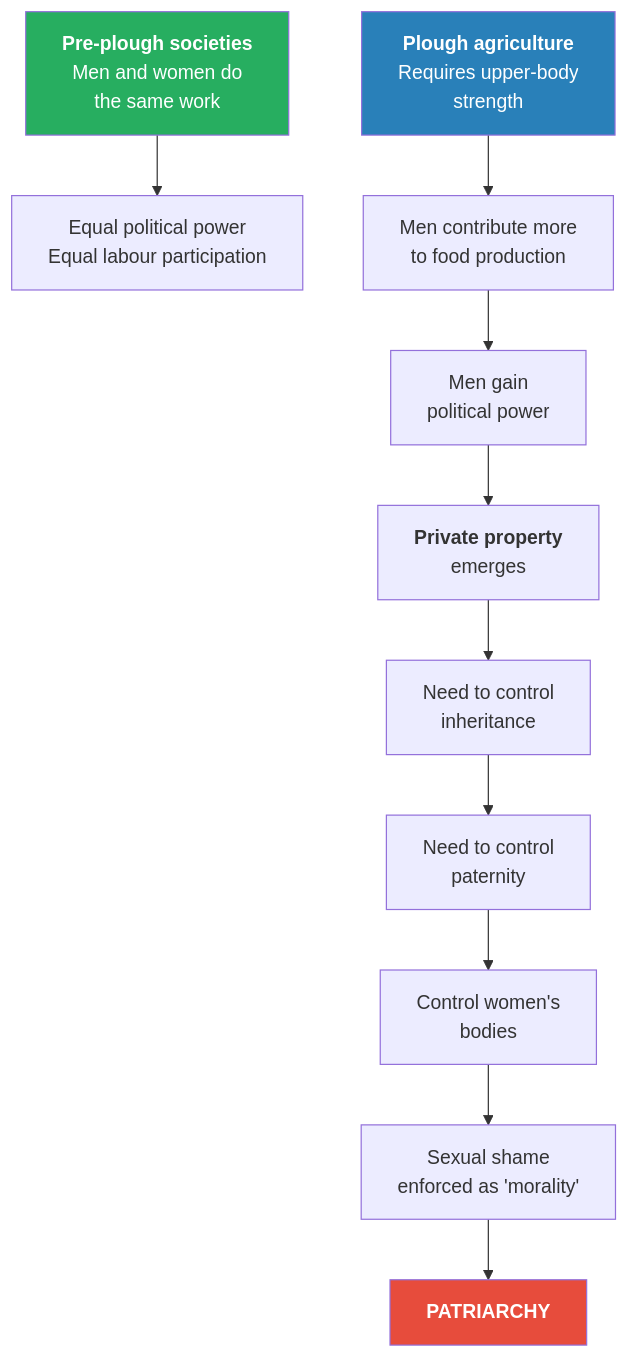
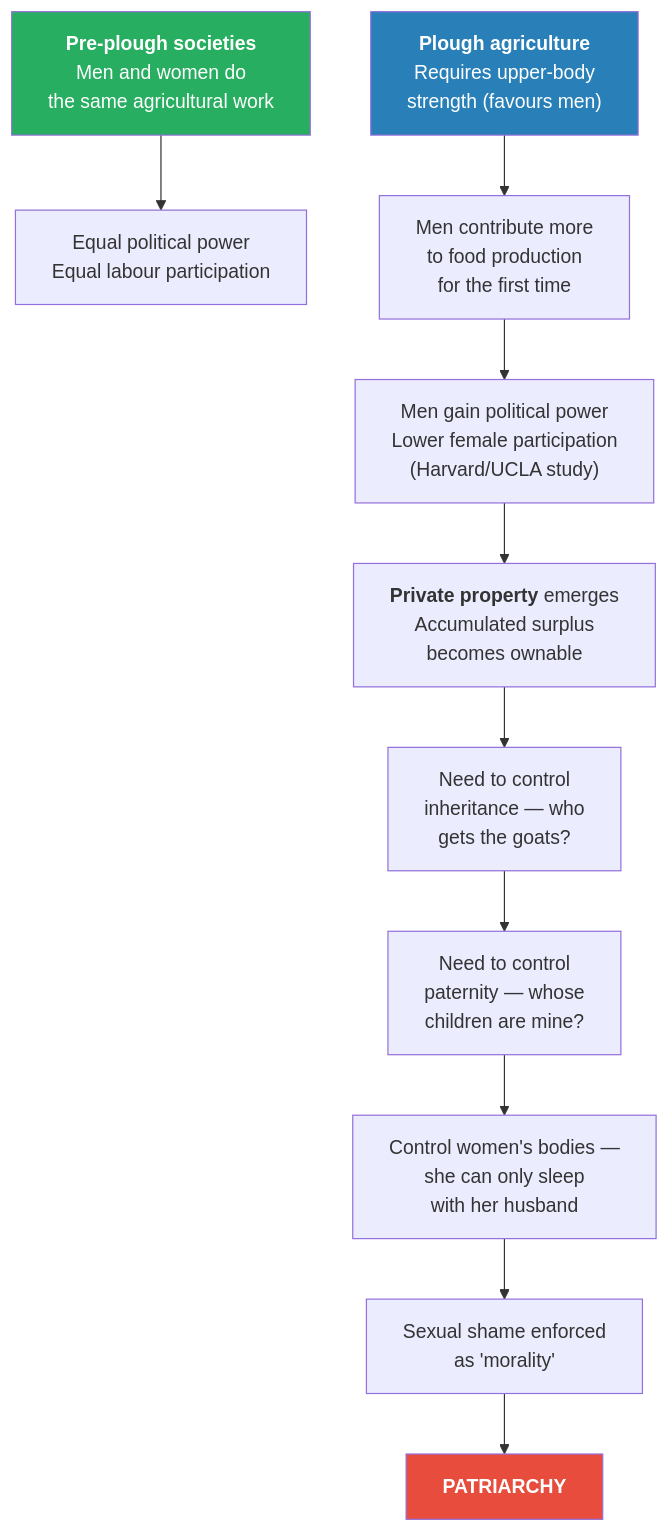
The seventh of 8 diagrams in summaries/Lectures/Civilization/04 - The Paradise Lost of Marija Gimbutas.md (alius33/reader), drawn with Mermaid before and after one commit. The commit also changed other lines of this file and 26 other files, not shown here.

````diff
--- a/summaries/Lectures/Civilization/04 - The Paradise Lost of Marija Gimbutas.md
+++ b/summaries/Lectures/Civilization/04 - The Paradise Lost of Marija Gimbutas.md
@@ -465,15 +335,15 @@
 ```mermaid
 flowchart TB
-    PRE["<b>Pre-plough societies</b><br/>Men and women do<br/>the same work"] --> EQ["Equal political power<br/>Equal labour participation"]
-    PLOUGH["<b>Plough agriculture</b><br/>Requires upper-body<br/>strength"] --> SHIFT["Men contribute more<br/>to food production"]
-    SHIFT --> POWER["Men gain<br/>political power"]
-    POWER --> PP["<b>Private property</b><br/>emerges"]
-    PP --> INH["Need to control<br/>inheritance"]
-    INH --> PAT["Need to control<br/>paternity"]
-    PAT --> BODY["Control women's<br/>bodies"]
-    BODY --> SHAME["Sexual shame<br/>enforced as 'morality'"]
+    PRE["<b>Pre-plough societies</b><br/>Men and women do<br/>the same agricultural work"] --> EQ["Equal political power<br/>Equal labour participation"]
+    PLOUGH["<b>Plough agriculture</b><br/>Requires upper-body<br/>strength (favours men)"] --> SHIFT["Men contribute more<br/>to food production<br/>for the first time"]
+    SHIFT --> POWER["Men gain political power<br/>Lower female participation<br/>(Harvard/UCLA study)"]
+    POWER --> PP["<b>Private property</b> emerges<br/>Accumulated surplus<br/>becomes ownable"]
+    PP --> INH["Need to control<br/>inheritance — who<br/>gets the goats?"]
+    INH --> PAT["Need to control<br/>paternity — whose<br/>children are mine?"]
+    PAT --> BODY["Control women's bodies —<br/>she can only sleep<br/>with her husband"]
+    BODY --> SHAME["Sexual shame enforced<br/>as 'morality'"]
     SHAME --> RESULT["<b>PATRIARCHY</b>"]
     style PRE fill:#27ae60,color:#fff
     style RESULT fill:#e74c3c,color:#fff
     style PLOUGH fill:#2980b9,color:#fff
 ```
````
